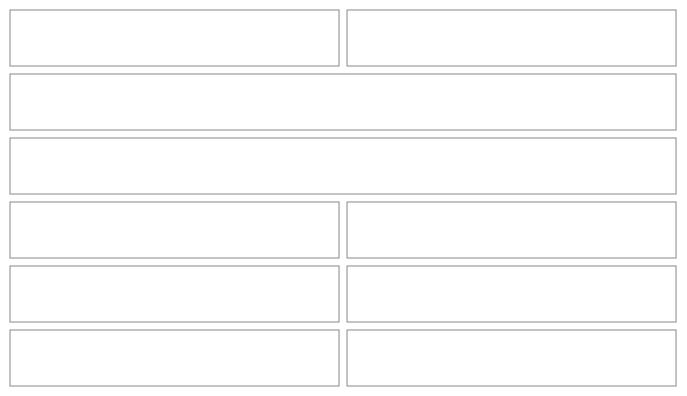
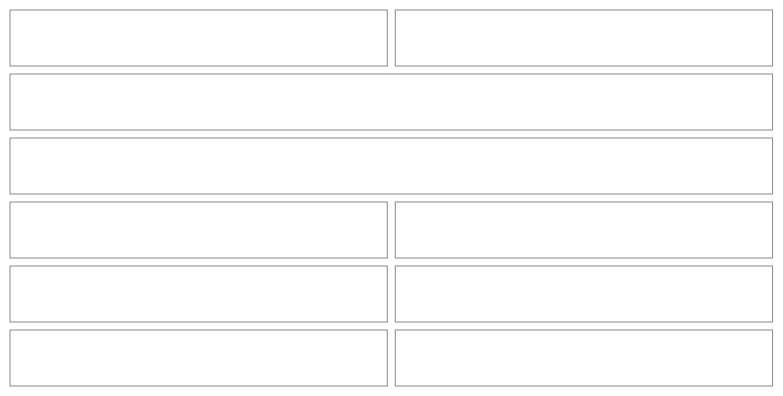
One commit to NovaMoonX/moondreams-dev-apps changed diagram 17 of 31 in src/apps/pinch/UX.md. Above: the diagram before and after it, drawn with Mermaid. The commit also changed other lines of this file and 2 other files, not shown here.

````diff
--- a/src/apps/pinch/UX.md
+++ b/src/apps/pinch/UX.md
@@ -549,25 +549,25 @@
 ```mermaid
 %%{init: {'theme': 'base', 'themeVariables': {'primaryColor': 'transparent', 'primaryBorderColor': '#888888', 'primaryTextColor': '#333333', 'lineColor': '#888888'}}}%%
 block-beta
   columns 2
   I1["Chicken breast"]:1
-  I2["Chicken · Adjusted by you · 1 serving = 5 oz"]:1
+  I2["Chicken · ✏️ Adjusted by you · 🍽️ 1 serving = 5 oz"]:1
   I3["Per 1 serving (5 oz)      [ Per serving ]  Per 100 g<br/>🔥 234 · 💪 44g · 🌾 0g · 🥑 5g"]:2
   I4["Products"]:2
   I5["⭐ Walmart · Great Value 3 lb"]:1
   I6["$9.48"]:1
   I7["Costco · 6.5 lb"]:1
   I8["$19.99"]:1
   I9["Adjust"]:1
   I11["+ Add a product"]:1
   style I1 fill:transparent,stroke:#888888,stroke-width:1px;
   style I2 fill:transparent,stroke:#888888,stroke-width:1px;
   style I3 fill:transparent,stroke:#888888,stroke-width:1px;
   style I4 fill:transparent,stroke:#888888,stroke-width:1px;
   style I5 fill:transparent,stroke:#888888,stroke-width:1px;
   style I6 fill:transparent,stroke:#888888,stroke-width:1px;
   style I7 fill:transparent,stroke:#888888,stroke-width:1px;
   style I8 fill:transparent,stroke:#888888,stroke-width:1px;
   style I9 fill:transparent,stroke:#888888,stroke-width:1px;
   style I11 fill:transparent,stroke:#888888,stroke-width:1px;
 ```
````
